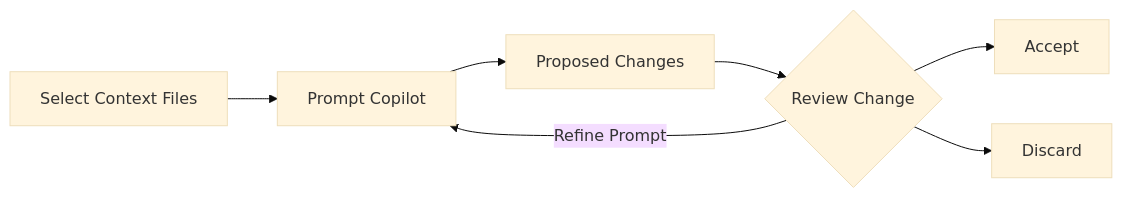
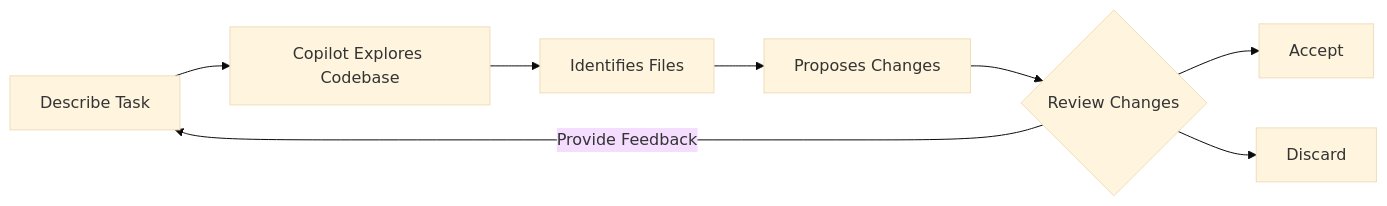
Before and after one commit to Keboo/getting-started-with-github-copilot: the diagram in .github/steps/3-copilot-edits.md, drawn with Mermaid (base theme). The commit also changed other lines of this file and 8 other files, not shown here.

````diff
--- a/.github/steps/3-copilot-edits.md
+++ b/.github/steps/3-copilot-edits.md
@@ -15,10 +15,10 @@
 ```mermaid
 flowchart LR
-   A[Select Context Files] --> B[Prompt Copilot]
-   B --> C[Proposed Changes]
-   C --> D{Review Change}
-   D --> E[Accept]
-   D --> F[Discard]
-   D -->|Refine Prompt| B
-
+   A[Describe Task] --> B[Copilot Explores Codebase]
+   B --> C[Identifies Files]
+   C --> D[Proposes Changes]
+   D --> E{Review Changes}
+   E --> F[Accept]
+   E --> G[Discard]
+   E -->|Provide Feedback| A
 ```
````
